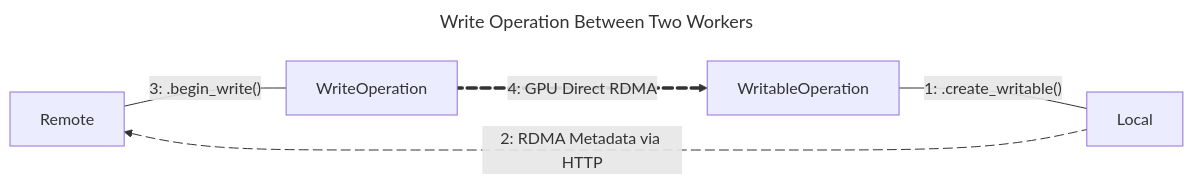
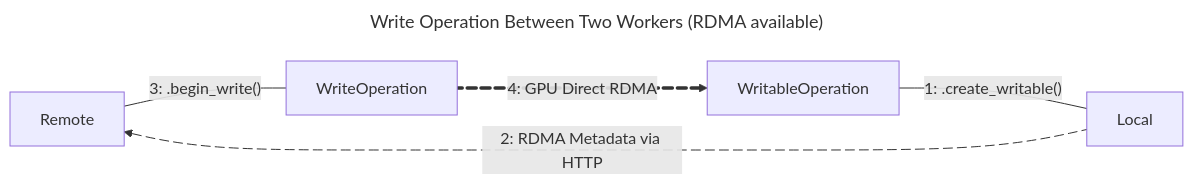
The second of 3 diagrams in docs/API/nixl_connect/README.md (ai-dynamo/dynamo), drawn with Mermaid before and after one commit. The commit also changed other lines of this file and 7 other files, not shown here.

````diff
--- a/docs/API/nixl_connect/README.md
+++ b/docs/API/nixl_connect/README.md
@@ -75,12 +89,12 @@
 ```mermaid
 ---
-title: Write Operation Between Two Workers
+title: Write Operation Between Two Workers (RDMA available)
 ---
 flowchart LR
   c1[Remote] --"3: .begin_write()"--- WriteOperation
   WriteOperation e1@=="4: GPU Direct RDMA"==> WritableOperation
   WritableOperation --"1: .create_writable()"--- c2[Local]
   c2 e2@--"2: RDMA Metadata via HTTP"--> c1
   e1@{ animate: true; }
   e2@{ animate: true; }
 ```
````
